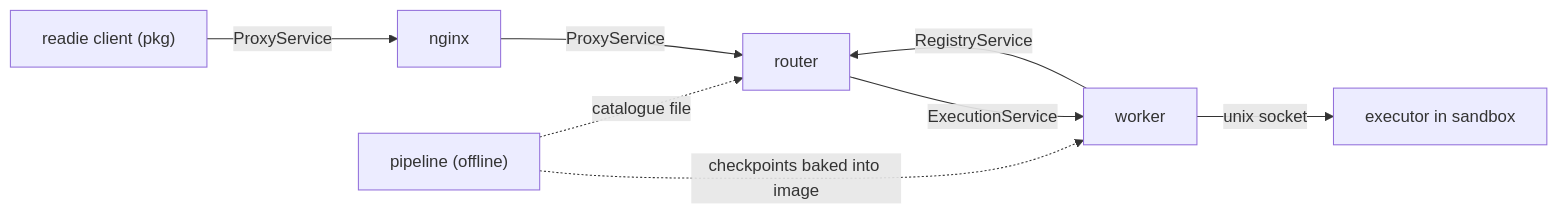
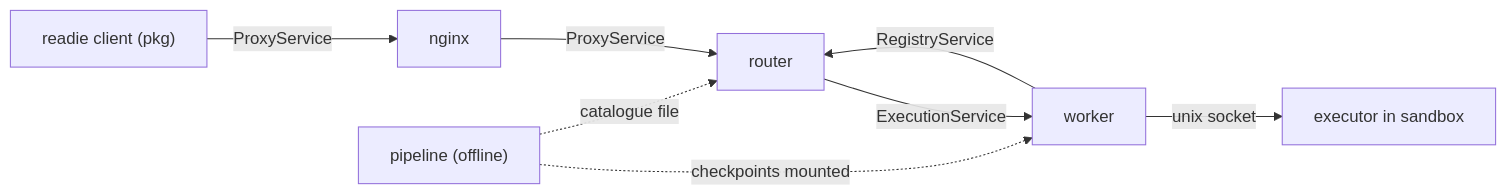
The diagram in docs/docs/concepts/components.md (readie-project/readie), drawn with Mermaid before and after one commit. The commit also changed other lines of this file and 25 other files, not shown here.

Commit message:
Move generated checkpoints outside of base image

````diff
--- a/docs/docs/concepts/components.md
+++ b/docs/docs/concepts/components.md
@@ -11,10 +11,10 @@
 ```mermaid
 flowchart LR
     client["readie client (pkg)"] -->|"ProxyService"| nginx["nginx"]
     nginx -->|"ProxyService"| router["router"]
     router -->|"ExecutionService"| worker["worker"]
     worker -->|"RegistryService"| router
     worker -->|"unix socket"| executor["executor in sandbox"]
-    pipeline["pipeline (offline)"] -.->|"checkpoints baked into image"| worker
+    pipeline["pipeline (offline)"] -.->|"checkpoints mounted"| worker
     pipeline -.->|"catalogue file"| router
 ```
````
